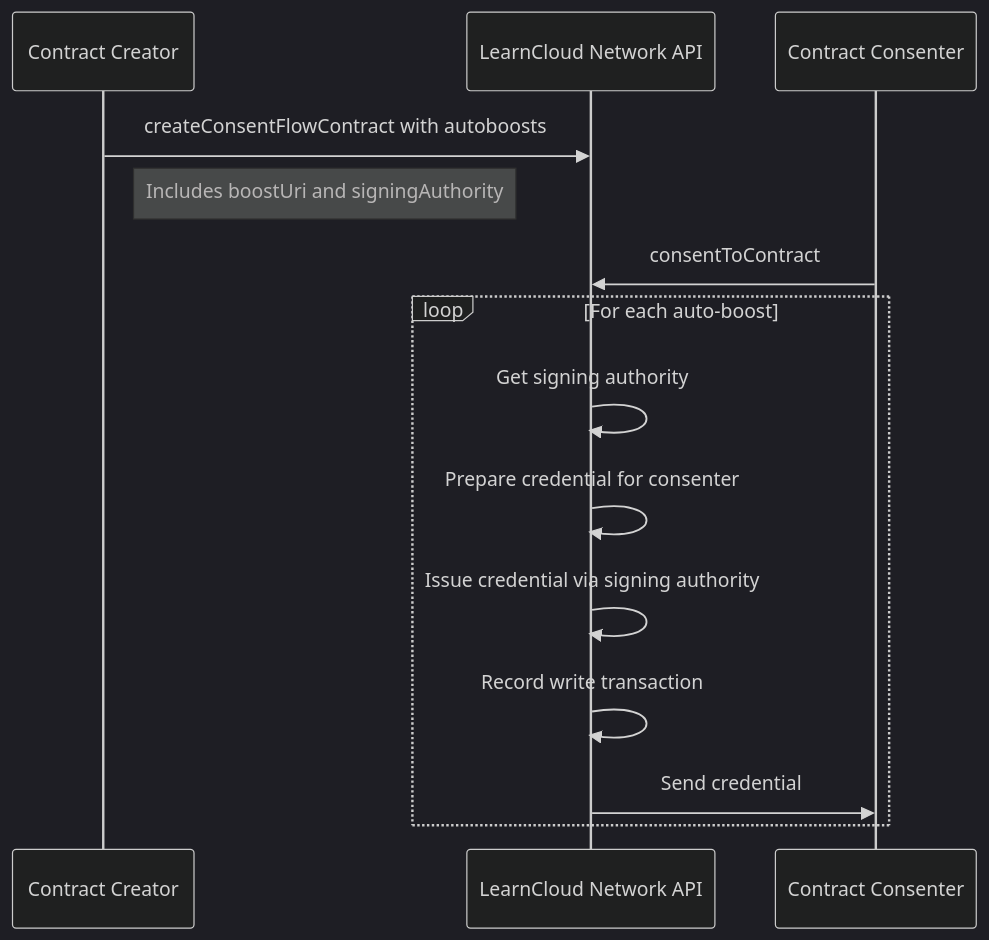
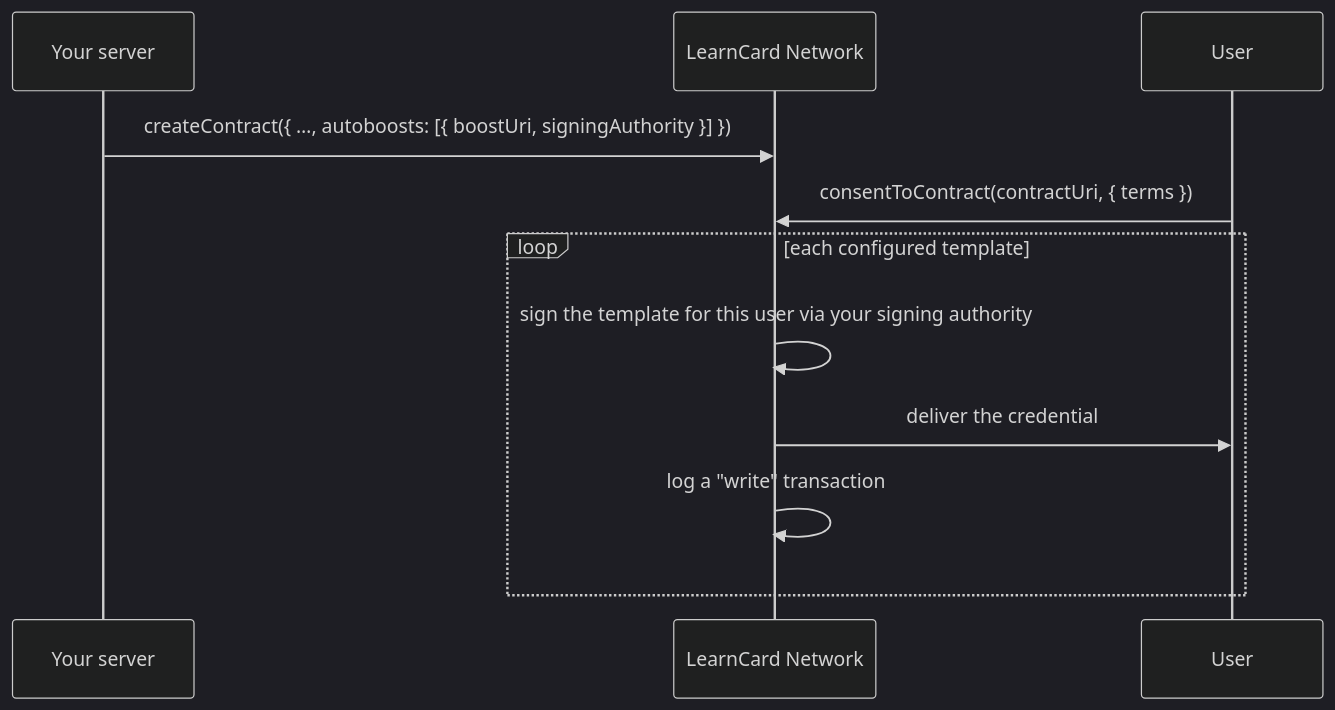
One commit to learningeconomy/LearnCard changed the diagram in docs/core-concepts/consent-and-permissions/auto-boosts.md. Above: the diagram before and after it, drawn with Mermaid (dark theme). The commit also changed other lines of this file and 384 other files, not shown here.

````diff
--- a/docs/core-concepts/consent-and-permissions/auto-boosts.md
+++ b/docs/core-concepts/consent-and-permissions/auto-boosts.md
@@ -9,19 +11,13 @@
 ```mermaid
 sequenceDiagram
-    participant Creator as Contract Creator
-    participant API as LearnCloud Network API
-    participant Consenter as Contract Consenter
-
-    Creator->>API: createConsentFlowContract with autoboosts
-    Note right of Creator: Includes boostUri and signingAuthority
-
-    Consenter->>API: consentToContract
-
-    loop For each auto-boost
-        API->>API: Get signing authority
-        API->>API: Prepare credential for consenter
-        API->>API: Issue credential via signing authority
-        API->>API: Record write transaction
-        API->>Consenter: Send credential
+    participant You as Your server
+    participant Net as LearnCard Network
+    participant User
+    You->>Net: createContract({ …, autoboosts: [{ boostUri, signingAuthority }] })
+    User->>Net: consentToContract(contractUri, { terms })
+    loop each configured template
+        Net->>Net: sign the template for this user via your signing authority
+        Net->>User: deliver the credential
+        Net->>Net: log a "write" transaction
     end
 ```
````
